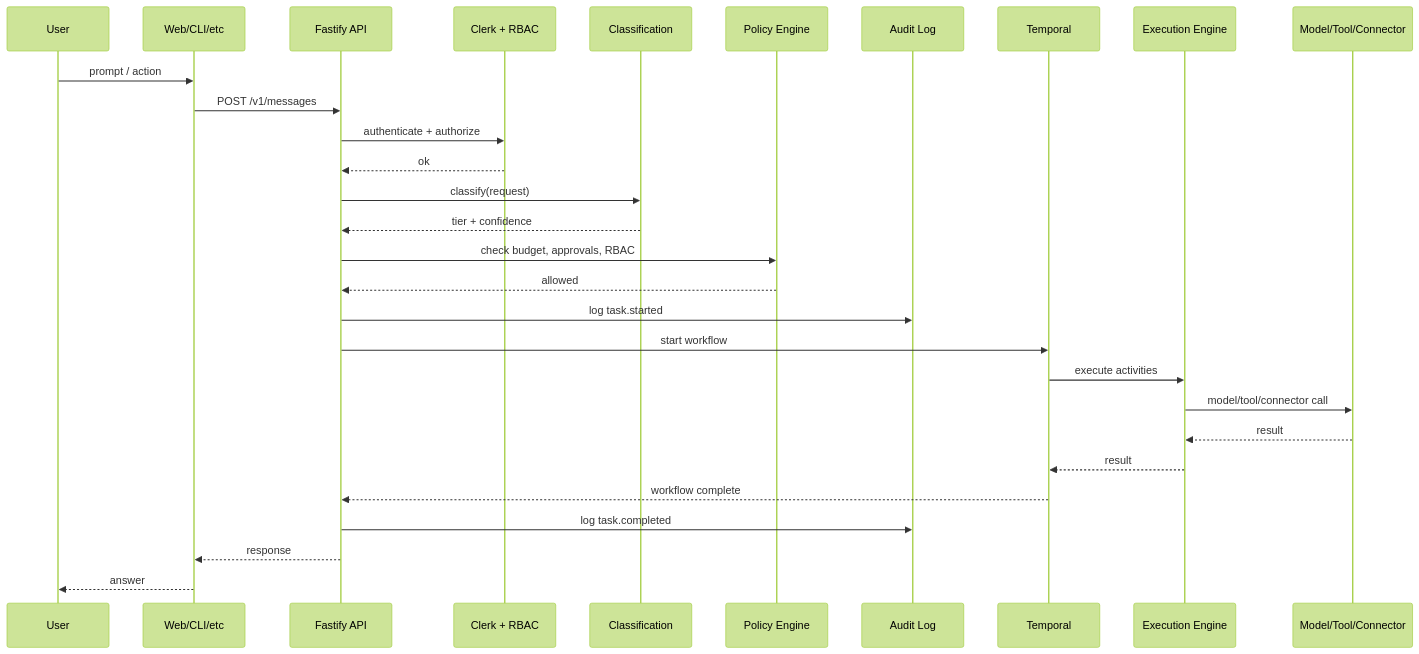
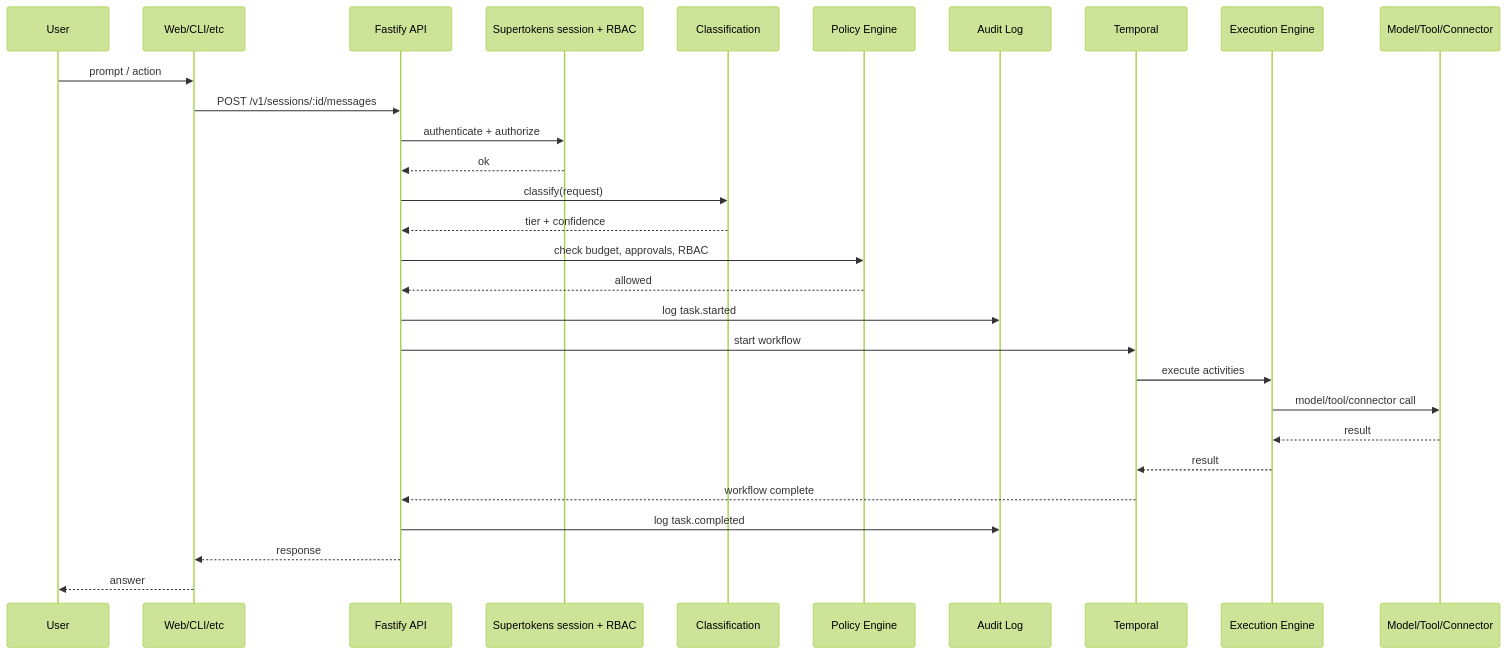
One commit to h2m6jcm94s-eng/mimir changed the third of 15 diagrams in docs/explanation.md. Above: the diagram before and after it, drawn with Mermaid (forest theme). The commit also changed other lines of this file and 6 other files, not shown here.

````diff
--- a/docs/explanation.md
+++ b/docs/explanation.md
@@ -548,32 +548,32 @@
 ```mermaid
 sequenceDiagram
     participant User
     participant Surface as Web/CLI/etc
     participant API as Fastify API
-    participant Auth as Clerk + RBAC
+    participant Auth as Supertokens session + RBAC
     participant Classify as Classification
     participant Policy as Policy Engine
     participant Audit as Audit Log
     participant Temporal as Temporal
     participant Engine as Execution Engine
     participant Provider as Model/Tool/Connector
 
     User->>Surface: prompt / action
-    Surface->>API: POST /v1/messages
+    Surface->>API: POST /v1/sessions/:id/messages
     API->>Auth: authenticate + authorize
     Auth-->>API: ok
     API->>Classify: classify(request)
     Classify-->>API: tier + confidence
     API->>Policy: check budget, approvals, RBAC
     Policy-->>API: allowed
     API->>Audit: log task.started
     API->>Temporal: start workflow
     Temporal->>Engine: execute activities
     Engine->>Provider: model/tool/connector call
     Provider-->>Engine: result
     Engine-->>Temporal: result
     Temporal-->>API: workflow complete
     API->>Audit: log task.completed
     API-->>Surface: response
     Surface-->>User: answer
 ```
````
